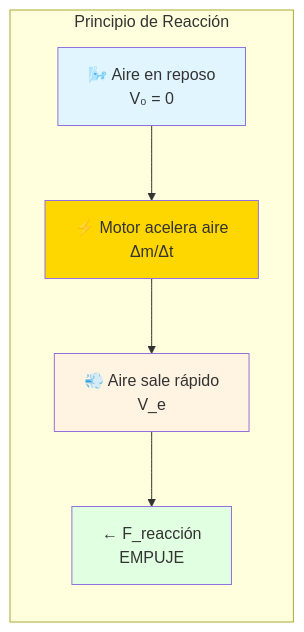
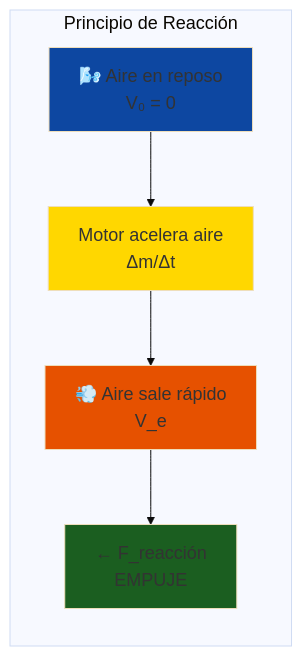
One commit to Ai-Whisperers/Courses-Content changed the eighth of 16 diagrams in courses/🟡-development/FPUNA-2026/03-INGENIERIA-AERONAUTICA/04-sistemas-propulsion.md. Above: the diagram before and after it, drawn with Mermaid. The commit also changed other lines of this file and 47 other files, not shown here.

First line of the commit message:
fix: Make all 473 diagrams WCAG AAA accessible (FPUNA-2026)

````diff
--- a/courses/🟡-development/FPUNA-2026/03-INGENIERIA-AERONAUTICA/04-sistemas-propulsion.md
+++ b/courses/🟡-development/FPUNA-2026/03-INGENIERIA-AERONAUTICA/04-sistemas-propulsion.md
@@ -450,18 +457,19 @@
 ```mermaid
+%%{init: {'theme':'base', 'themeVariables': {'fontSize':'18px'}}}%%
 graph LR
     subgraph "Principio de Reacción"
         A[🌬️ Aire en reposo<br/>V₀ = 0]
-        B[⚡ Motor acelera aire<br/>Δm/Δt]
+        B[Motor acelera aire<br/>Δm/Δt]
         C[💨 Aire sale rápido<br/>V_e]
         D[← F_reacción<br/>EMPUJE]
         
         A --> B
         B --> C
         C --> D
     end
     
-    style A fill:#E1F5FF
+    style A fill:#0d47a1
     style B fill:#FFD700
-    style C fill:#FFF4E1
-    style D fill:#E1FFE1
+    style C fill:#e65100
+    style D fill:#1b5e20
 ```
````
